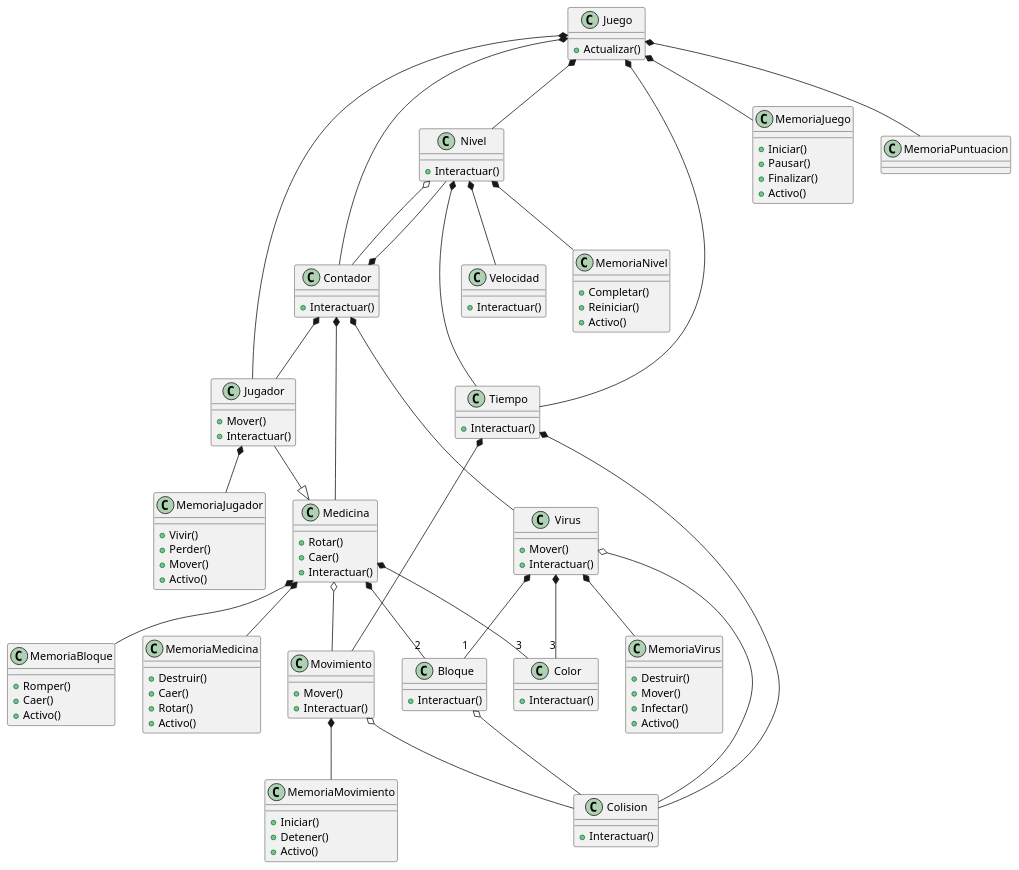
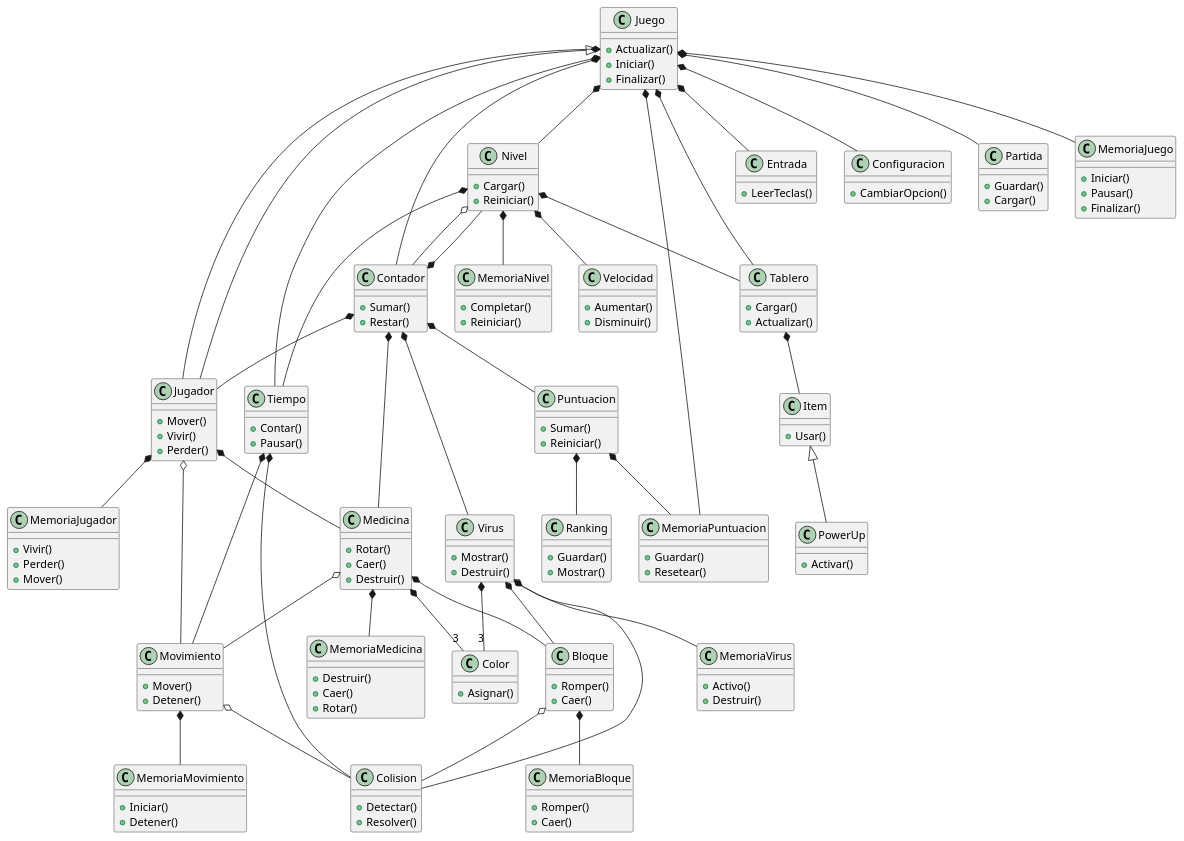
The diagram in Diagrama.puml (MrTejuinoFake/3G252), drawn with PlantUML before and after one commit.

Commit message:
uml 30 cls

```diff
--- a/Diagrama.puml
+++ b/Diagrama.puml
@@ -1,127 +1,175 @@
 @startuml
 
 class Juego {
     +Actualizar()
+    +Iniciar()
+    +Finalizar()
 }
 class Jugador {
     +Mover()
-    +Interactuar()
+    +Vivir()
+    +Perder()
 }
 class Nivel {
-    +Interactuar()
+    +Cargar()
+    +Reiniciar()
 }
 class Medicina {
     +Rotar()
     +Caer()
-    +Interactuar()
+    +Destruir()
 }
 class Bloque {
-    +Interactuar()
+    +Romper()
+    +Caer()
 }
 class Virus {
-    +Mover()
-    +Interactuar()
+    +Mostrar()
+    +Destruir()
 }
 class Contador {
-    +Interactuar()
+    +Sumar()
+    +Restar()
 }
 class Tiempo {
-    +Interactuar()
+    +Contar()
+    +Pausar()
 }
 class Movimiento {
     +Mover()
-    +Interactuar()
+    +Detener()
 }
 class Velocidad {
-    +Interactuar()
+    +Aumentar()
+    +Disminuir()
 }
 class Colision {
-    +Interactuar()
+    +Detectar()
+    +Resolver()
 }
 class Color {
-    +Interactuar()
+    +Asignar()
 }
 
+class Puntuacion {
+    +Sumar()
+    +Reiniciar()
+}
+class Tablero {
+    +Cargar()
+    +Actualizar()
+}
+class Entrada {
+    +LeerTeclas()
+}
+class Item {
+    +Usar()
+}
+class PowerUp {
+    +Activar()
+}
+class Ranking {
+    +Guardar()
+    +Mostrar()
+}
+class Configuracion {
+    +CambiarOpcion()
+}
+class Partida {
+    +Guardar()
+    +Cargar()
+}
 
-class MemoriaJuego {
+class MemoriaJuego  {
     +Iniciar()
     +Pausar()
     +Finalizar()
-    +Activo()
 }
 class MemoriaNivel  {
     +Completar()
     +Reiniciar()
-    +Activo()
 }
 class MemoriaJugador  {
     +Vivir()
     +Perder()
     +Mover()
-    +Activo()
 }
 class MemoriaMedicina  {
     +Destruir()
     +Caer()
     +Rotar()
-    +Activo()
 }
 class MemoriaVirus  {
+    +Activo()
     +Destruir()
-    +Mover()
-    +Infectar()
-    +Activo()
 }
-class MemoriaBloque  {
+class MemoriaBloque {
     +Romper()
     +Caer()
-    +Activo()
 }
 class MemoriaMovimiento  {
     +Iniciar()
     +Detener()
-    +Activo()
+}
+class MemoriaPuntuacion  {
+    +Guardar()
+    +Resetear()
 }
 
 
-Jugador --|> Medicina
+Jugador --|> Juego
+Item <|-- PowerUp
 
 
 Juego *-- Jugador
 Juego *-- Nivel
 Juego *-- Tiempo
 Juego *-- Contador
 Juego *-- MemoriaJuego
 Juego *-- MemoriaPuntuacion
+Juego *-- Tablero
+Juego *-- Configuracion
+Juego *-- Partida
+Juego *-- Entrada
 
+Jugador *-- Medicina
+Jugador o-- Movimiento
 Jugador *-- MemoriaJugador
 
 Medicina o-- Movimiento
-Medicina *-- "2" Bloque
+Medicina *-- Bloque
 Medicina *-- "3" Color
 Medicina *-- MemoriaMedicina
-Medicina *-- MemoriaBloque
 
-Virus *-- "1" Bloque
+Virus *-- Bloque
 Virus *-- "3" Color
 Virus *-- MemoriaVirus
+Virus o-- Colision
 
 Nivel o-- Contador
 Nivel *-- Tiempo
 Nivel *-- Velocidad
 Nivel *-- MemoriaNivel
+Nivel *-- Tablero
 
 Movimiento o-- Colision
 Movimiento *-- MemoriaMovimiento
-Virus o-- Colision
+
 Bloque o-- Colision
+Bloque *-- MemoriaBloque
 
 Contador *-- Virus
 Contador *-- Medicina
 Contador *-- Nivel
 Contador *-- Jugador
+Contador *-- Puntuacion
 
 Tiempo *-- Movimiento
 Tiempo *-- Colision
 
+Puntuacion *-- Ranking
+Puntuacion *-- MemoriaPuntuacion
+
+Tablero *-- Item
+
 @enduml
```
